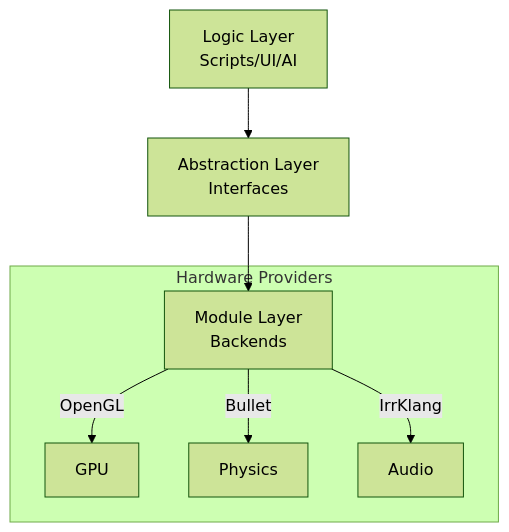
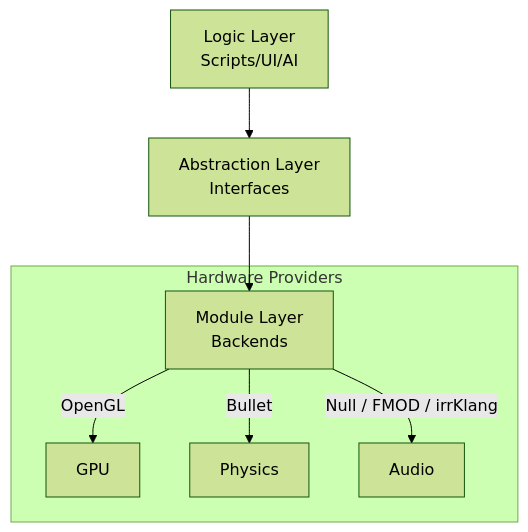
One commit to ItsK4tune/AxisEngine changed the diagram in README.md. Above: the diagram before and after it, drawn with Mermaid (forest theme). The commit also changed other lines of this file and 400 other files, not shown here.

````diff
--- a/README.md
+++ b/README.md
@@ -230,11 +227,11 @@
 ```mermaid
 graph TD
     Logic[Logic Layer<br/>Scripts/UI/AI] --> Interface[Abstraction Layer<br/>Interfaces]
     Interface --> Backend[Module Layer<br/>Backends]
     
     subgraph "Hardware Providers"
         Backend -- OpenGL --> GPU
         Backend -- Bullet --> Physics
-        Backend -- IrrKlang --> Audio
+        Backend -- "Null / FMOD / irrKlang" --> Audio
     end
 ```
````
